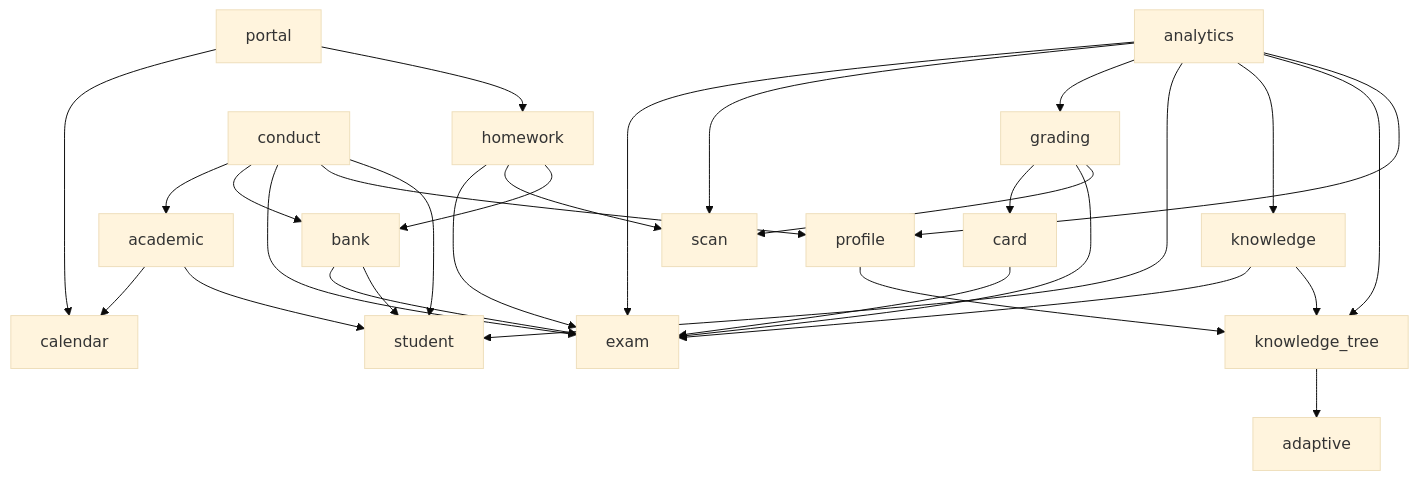
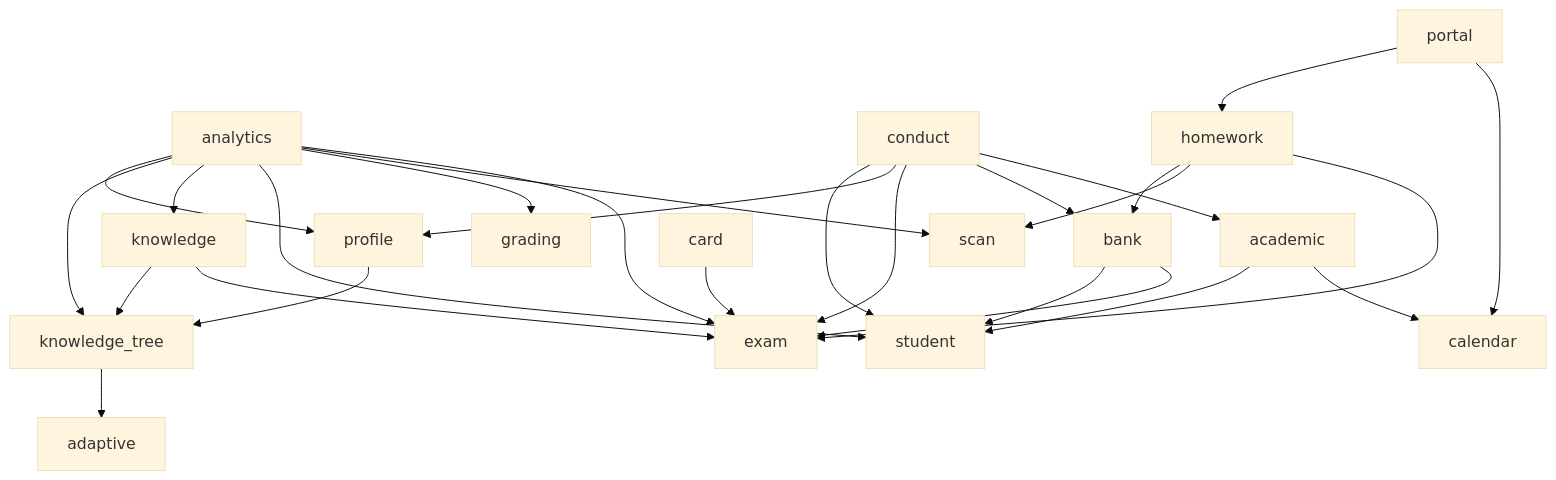
Before and after one commit to juanwan99/edu-cloud: the diagram in docs/governance/dependency-graph.md, drawn with Mermaid (base theme). The commit also changed 8 other files, not shown here.

````diff
--- a/docs/governance/dependency-graph.md
+++ b/docs/governance/dependency-graph.md
@@ -5,32 +5,29 @@
 ```mermaid
 flowchart TD
   academic --> calendar
   academic --> student
   analytics --> exam
   analytics --> scan
   analytics --> grading
   analytics --> student
   analytics --> knowledge
   analytics --> knowledge_tree
   analytics --> profile
   bank --> exam
   bank --> student
   card --> exam
   conduct --> academic
   conduct --> bank
   conduct --> exam
   conduct --> profile
   conduct --> student
-  grading --> card
-  grading --> exam
-  grading --> scan
   homework --> exam
   homework --> scan
   homework --> bank
   knowledge --> exam
   knowledge --> knowledge_tree
   knowledge_tree --> adaptive
   portal --> calendar
   portal --> homework
   profile --> knowledge_tree
 ```
````
